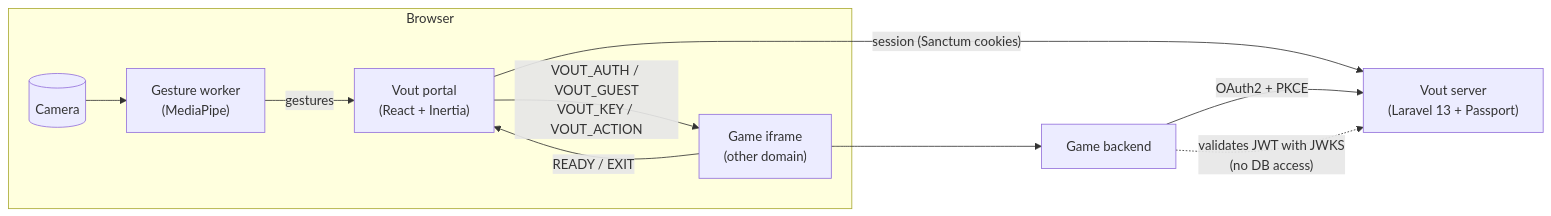
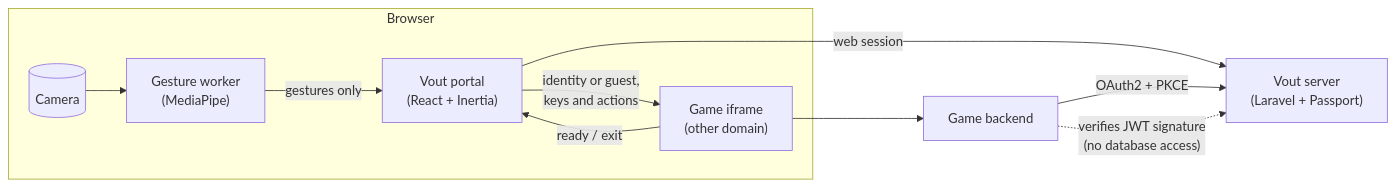
Before and after one commit to OliverMp28/vout: the diagram in README.md, drawn with Mermaid. The commit also changed other lines of this file and 4 other files, not shown here.

````diff
--- a/README.md
+++ b/README.md
@@ -59,18 +95,18 @@
 ```mermaid
 flowchart LR
     subgraph Browser
         Portal["Vout portal<br/>(React + Inertia)"]
         Worker["Gesture worker<br/>(MediaPipe)"]
         Game["Game iframe<br/>(other domain)"]
         Camera[(Camera)]
         Camera --> Worker
-        Worker -- "gestures" --> Portal
-        Portal -- "VOUT_AUTH / VOUT_GUEST<br/>VOUT_KEY / VOUT_ACTION" --> Game
-        Game -- "READY / EXIT" --> Portal
+        Worker -- "gestures only" --> Portal
+        Portal -- "identity or guest,<br/>keys and actions" --> Game
+        Game -- "ready / exit" --> Portal
     end
 
-    Portal -- "session (Sanctum cookies)" --> Vout["Vout server<br/>(Laravel 13 + Passport)"]
+    Portal -- "web session" --> Vout["Vout server<br/>(Laravel + Passport)"]
     GameServer["Game backend"] -- "OAuth2 + PKCE" --> Vout
-    GameServer -. "validates JWT with JWKS<br/>(no DB access)" .-> Vout
+    GameServer -. "verifies JWT signature<br/>(no database access)" .-> Vout
     Game --> GameServer
 ```
````
